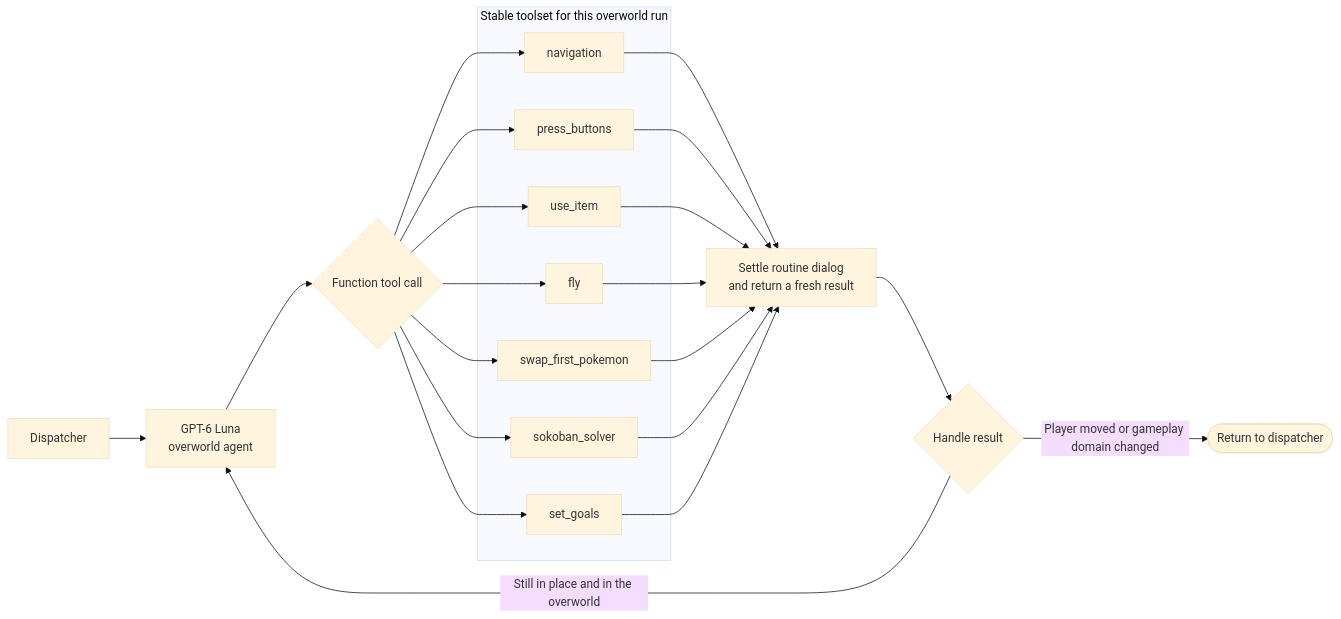
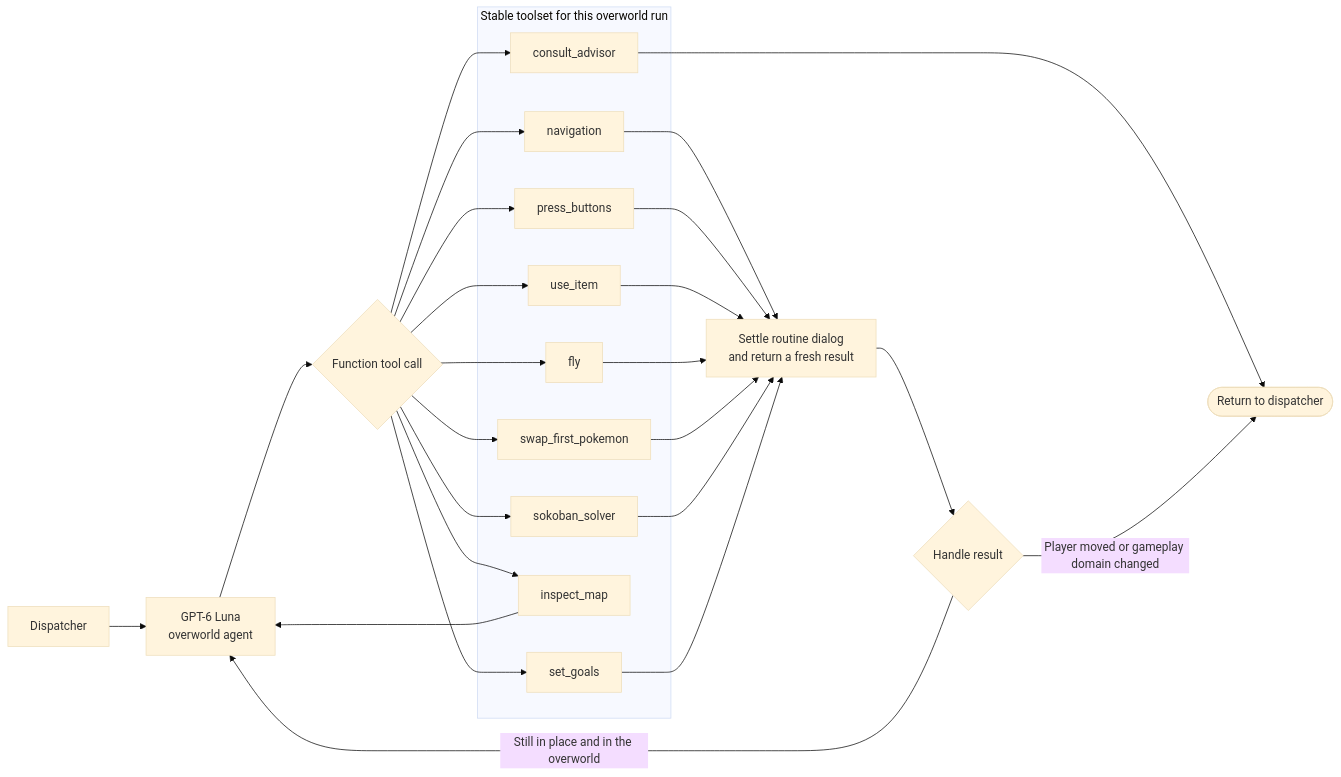
Before and after one commit to clambro/ai-plays-pokemon: the second of 4 diagrams in docs/architecture.md, drawn with Mermaid (base theme). The commit also changed other lines of this file and 37 other files, not shown here.

````diff
--- a/docs/architecture.md
+++ b/docs/architecture.md
@@ -35,35 +35,42 @@
 ```mermaid
 flowchart LR
     dispatch["Dispatcher"] --> agent["GPT-6 Luna<br/>overworld agent"]
     agent --> choice{"Function tool call"}
 
     subgraph toolset["Stable toolset for this overworld run"]
         navigate["navigation"]
         buttons["press_buttons"]
         item["use_item"]
         fly["fly"]
         swap["swap_first_pokemon"]
         sokoban["sokoban_solver"]
         set_goals["set_goals"]
+        inspect["inspect_map"]
+        advisor["consult_advisor"]
     end
 
     choice --> navigate
     choice --> buttons
     choice --> item
     choice --> fly
     choice --> swap
     choice --> sokoban
     choice --> set_goals
+    choice --> inspect
+    choice --> advisor
+
+    inspect --> agent
+    advisor --> finish
 
     navigate --> settle["Settle routine dialog<br/>and return a fresh result"]
     buttons --> settle
     item --> settle
     fly --> settle
     swap --> settle
     sokoban --> settle
     set_goals --> settle
 
     settle --> continue{"Handle result"}
     continue -->|"Still in place and in the overworld"| agent
     continue -->|"Player moved or gameplay domain changed"| finish(["Return to dispatcher"])
 ```
````
